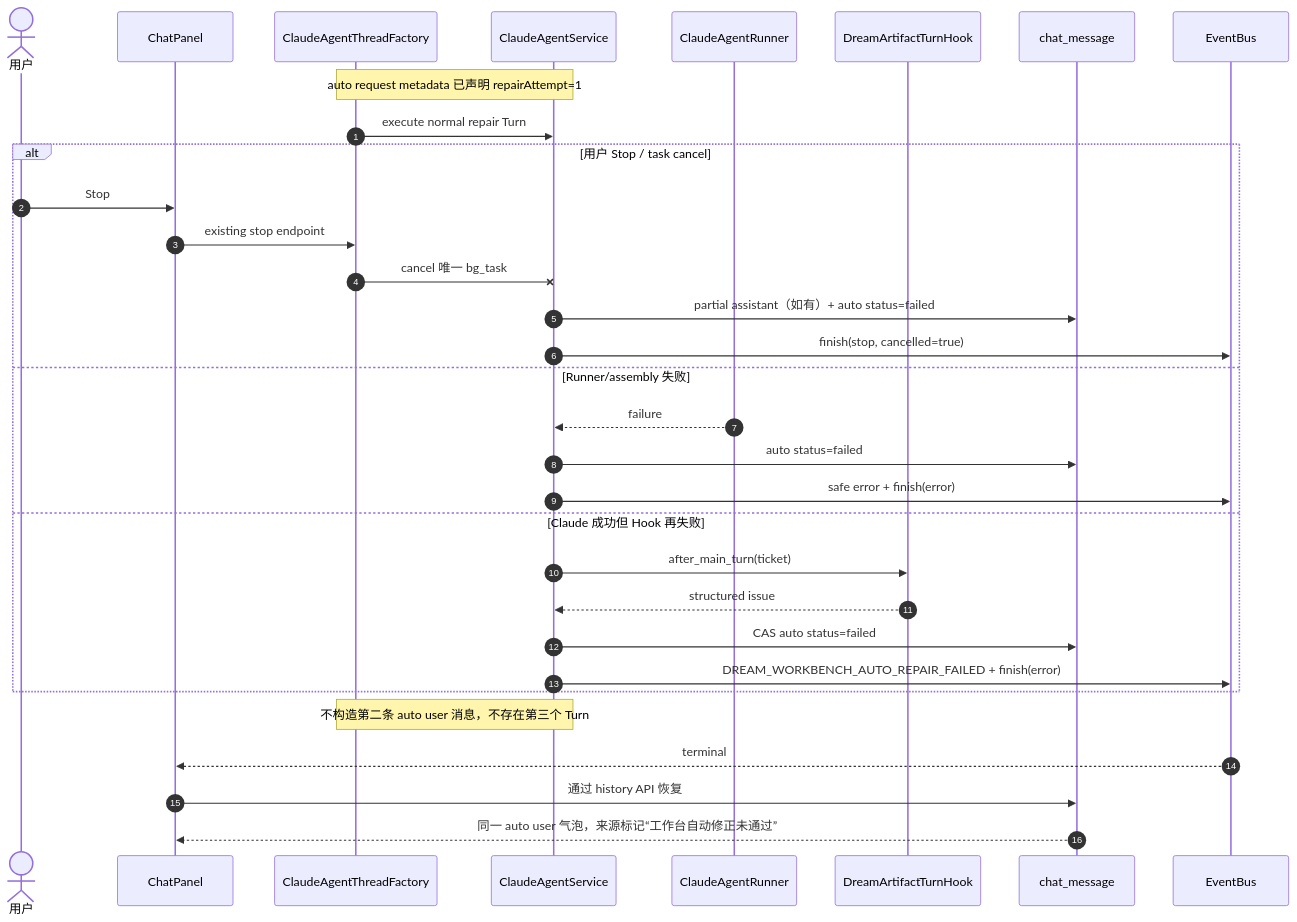
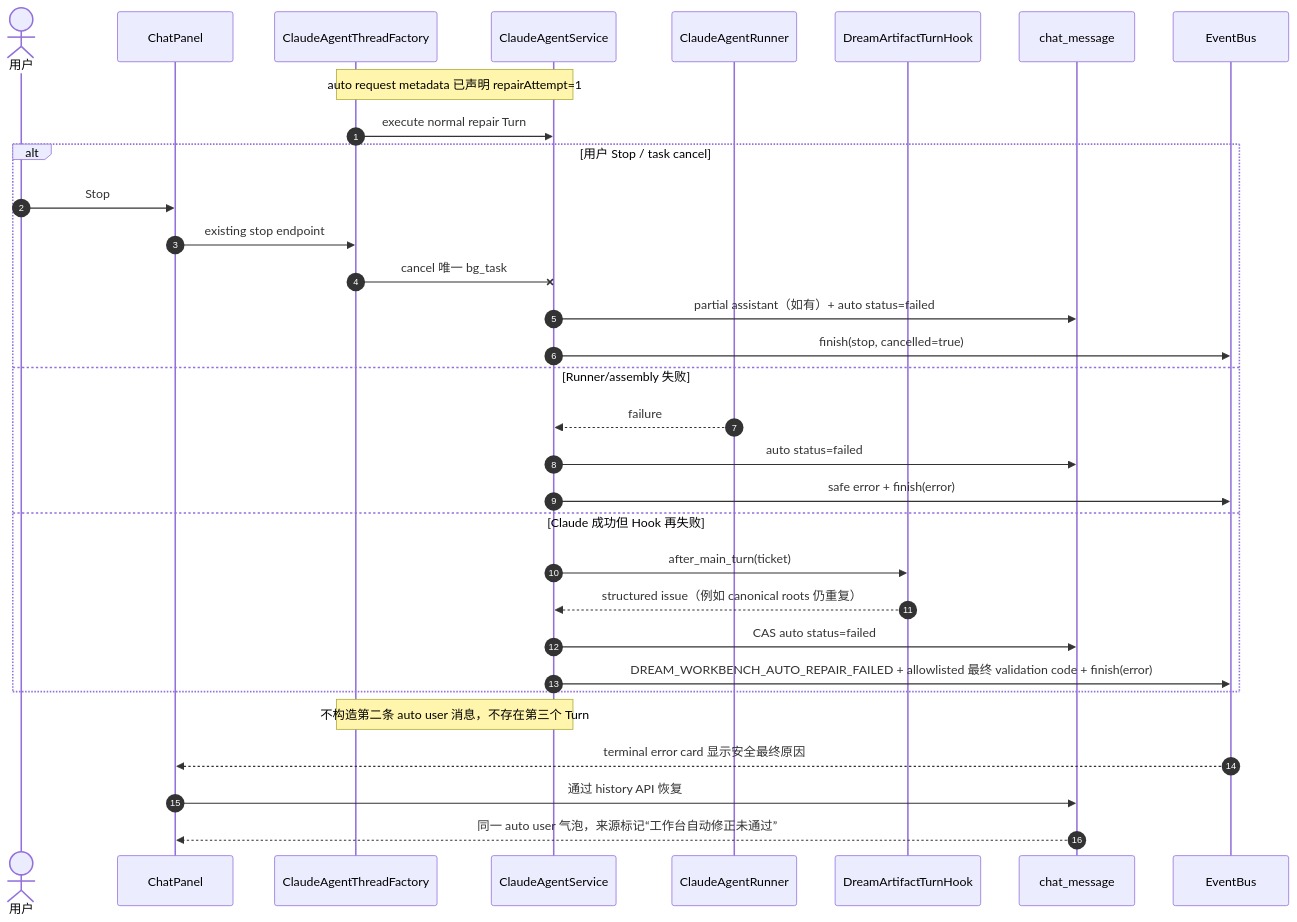
The third of 4 diagrams in docs/design/claude-agent/dream-workbench-auto-repair-sequence.md (glide-the/im-dream), drawn with Mermaid before and after one commit. The commit also changed other lines of this file and 22 other files, not shown here.

Commit message:
fix(dream): finish duplicate workspace auto repair

````diff
--- a/docs/design/claude-agent/dream-workbench-auto-repair-sequence.md
+++ b/docs/design/claude-agent/dream-workbench-auto-repair-sequence.md
@@ -111,35 +117,35 @@
 ```mermaid
 sequenceDiagram
     autonumber
     actor User as 用户
     participant UI as ChatPanel
     participant Factory as ClaudeAgentThreadFactory
     participant Service as ClaudeAgentService
     participant Claude as ClaudeAgentRunner
     participant Hook as DreamArtifactTurnHook
     participant DB as chat_message
     participant Bus as EventBus
 
     Note over Factory,Service: auto request metadata 已声明 repairAttempt=1
     Factory->>Service: execute normal repair Turn
     alt 用户 Stop / task cancel
         User->>UI: Stop
         UI->>Factory: existing stop endpoint
         Factory-xService: cancel 唯一 bg_task
         Service->>DB: partial assistant（如有）+ auto status=failed
         Service->>Bus: finish(stop, cancelled=true)
     else Runner/assembly 失败
         Claude-->>Service: failure
         Service->>DB: auto status=failed
         Service->>Bus: safe error + finish(error)
     else Claude 成功但 Hook 再失败
         Service->>Hook: after_main_turn(ticket)
-        Hook-->>Service: structured issue
+        Hook-->>Service: structured issue（例如 canonical roots 仍重复）
         Service->>DB: CAS auto status=failed
-        Service->>Bus: DREAM_WORKBENCH_AUTO_REPAIR_FAILED + finish(error)
+        Service->>Bus: DREAM_WORKBENCH_AUTO_REPAIR_FAILED + allowlisted 最终 validation code + finish(error)
     end
     Note over Service,Factory: 不构造第二条 auto user 消息，不存在第三个 Turn
-    Bus-->>UI: terminal
+    Bus-->>UI: terminal error card 显示安全最终原因
     UI->>DB: 通过 history API 恢复
     DB-->>UI: 同一 auto user 气泡，来源标记“工作台自动修正未通过”
 ```
````
